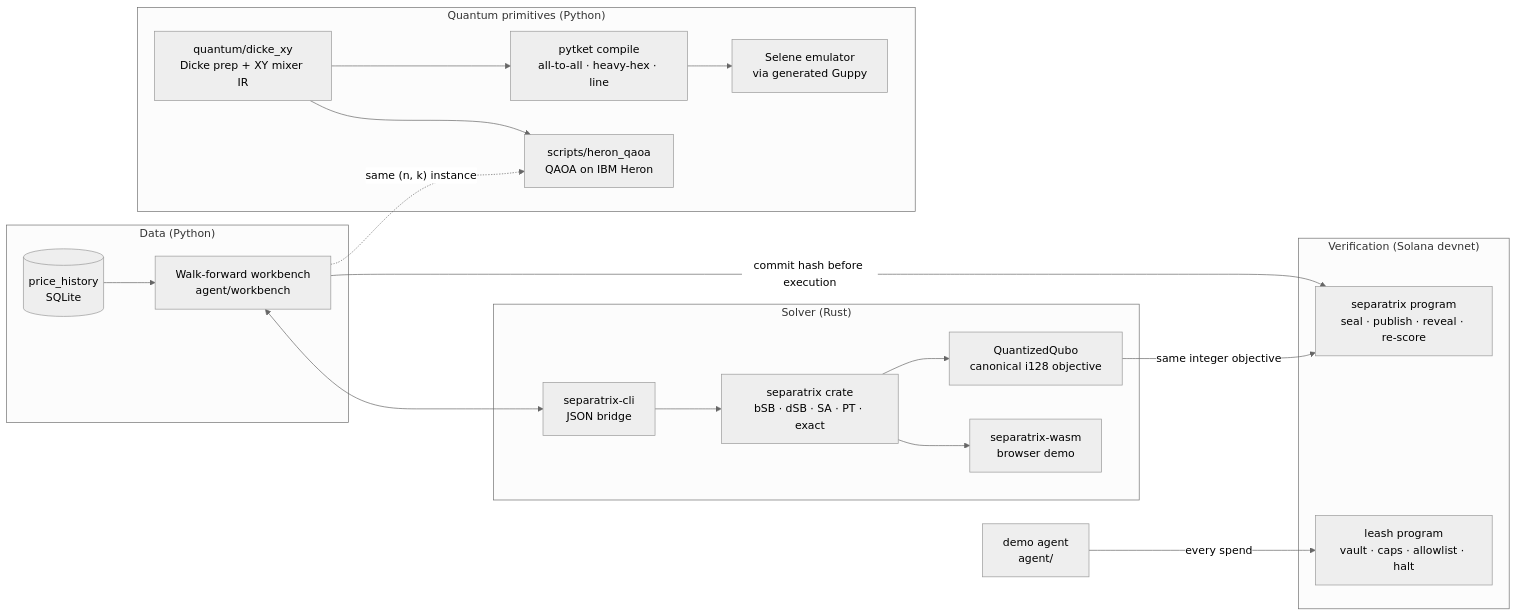
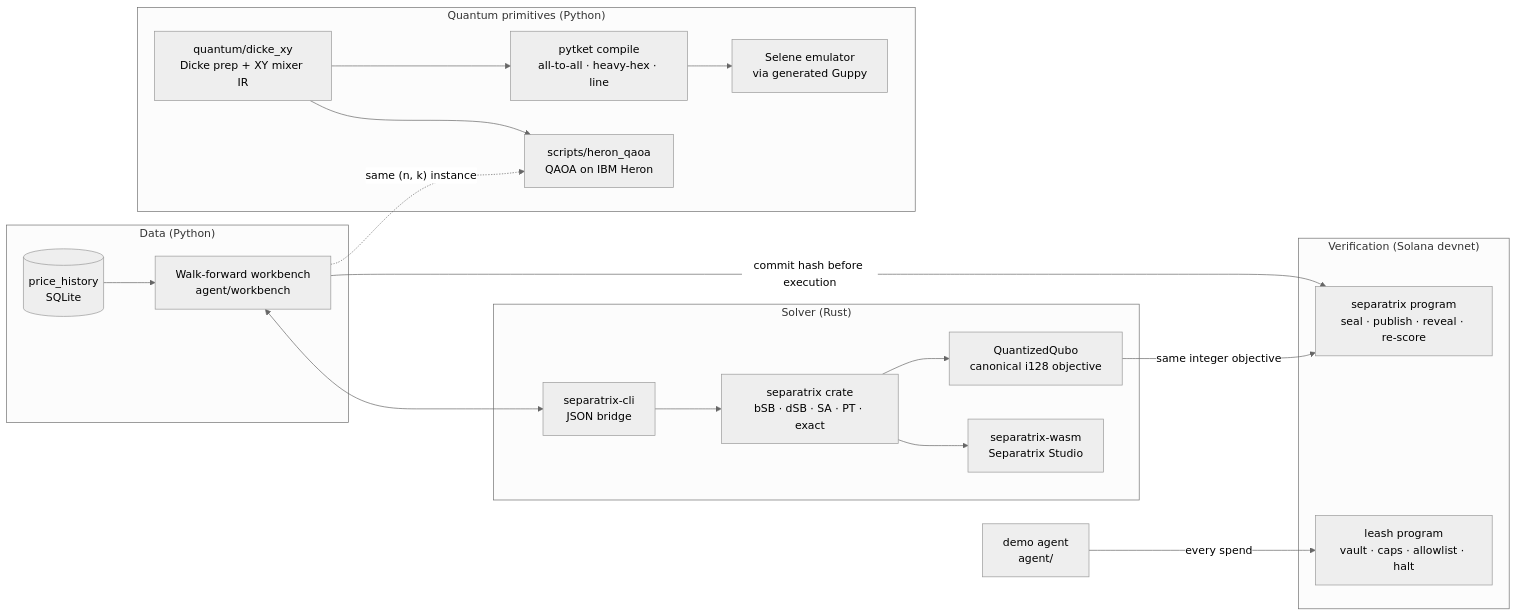
One commit to Iamsohungrynow/separatrix changed the diagram in README.md. Above: the diagram before and after it, drawn with Mermaid (neutral theme). The commit also changed other lines of this file and 7 other files, not shown here.

First line of the commit message:
docs: point the repository at Separatrix Studio

````diff
--- a/README.md
+++ b/README.md
@@ -107,29 +136,29 @@
 ```mermaid
 flowchart LR
   subgraph data["Data (Python)"]
     PH[(price_history<br/>SQLite)] --> WB[Walk-forward workbench<br/>agent/workbench]
   end
 
   subgraph solver["Solver (Rust)"]
     CLI[separatrix-cli<br/>JSON bridge] --> LIB[separatrix crate<br/>bSB · dSB · SA · PT · exact]
     LIB --> Q[QuantizedQubo<br/>canonical i128 objective]
-    LIB --> WASM[separatrix-wasm<br/>browser demo]
+    LIB --> WASM[separatrix-wasm<br/>Separatrix Studio]
   end
 
   subgraph chain["Verification (Solana devnet)"]
     SP[separatrix program<br/>seal · publish · reveal · re-score]
     LP[leash program<br/>vault · caps · allowlist · halt]
   end
 
   subgraph quantum["Quantum primitives (Python)"]
     DX[quantum/dicke_xy<br/>Dicke prep + XY mixer IR] --> TK[pytket compile<br/>all-to-all · heavy-hex · line]
     TK --> SEL[Selene emulator<br/>via generated Guppy]
     DX --> HQ[scripts/heron_qaoa<br/>QAOA on IBM Heron]
   end
 
   WB <--> CLI
   WB -- "commit hash before execution" --> SP
   Q -- "same integer objective" --> SP
   Agent[demo agent<br/>agent/] -- "every spend" --> LP
   WB -. "same (n, k) instance" .-> HQ
 ```
````
